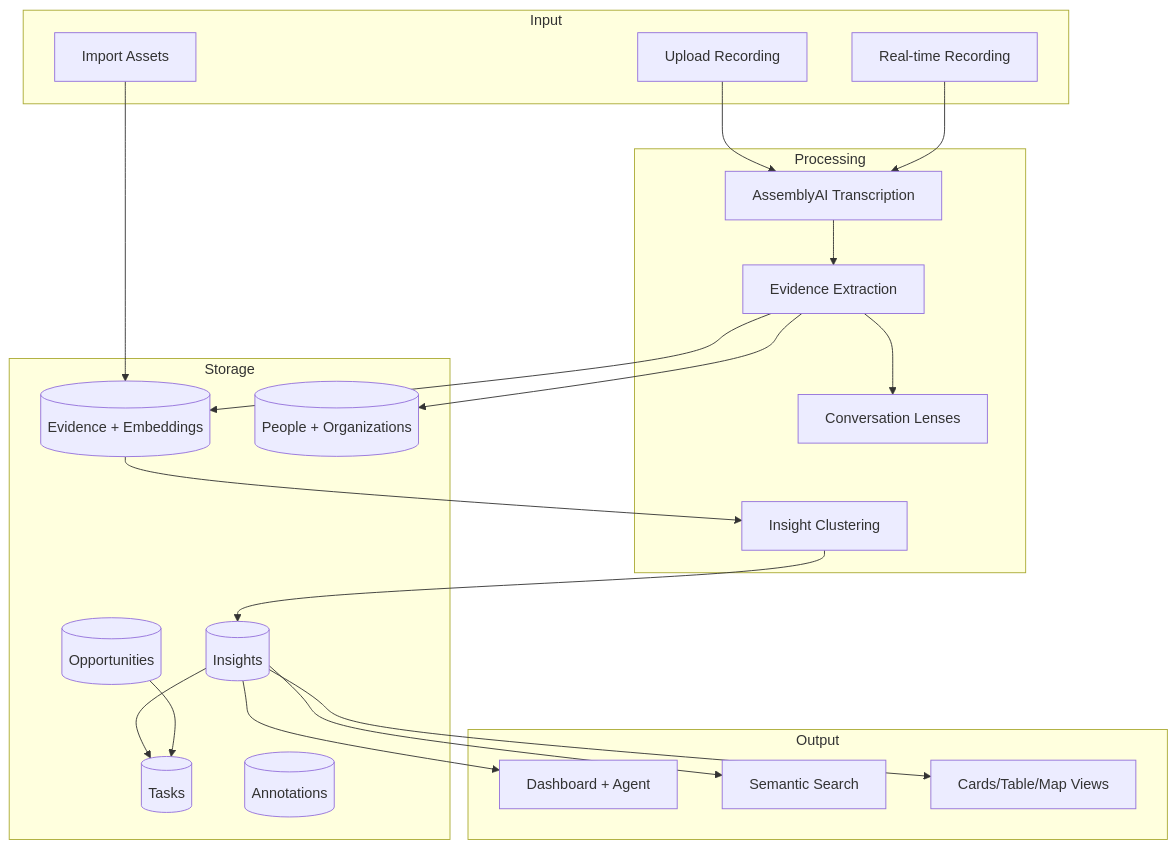
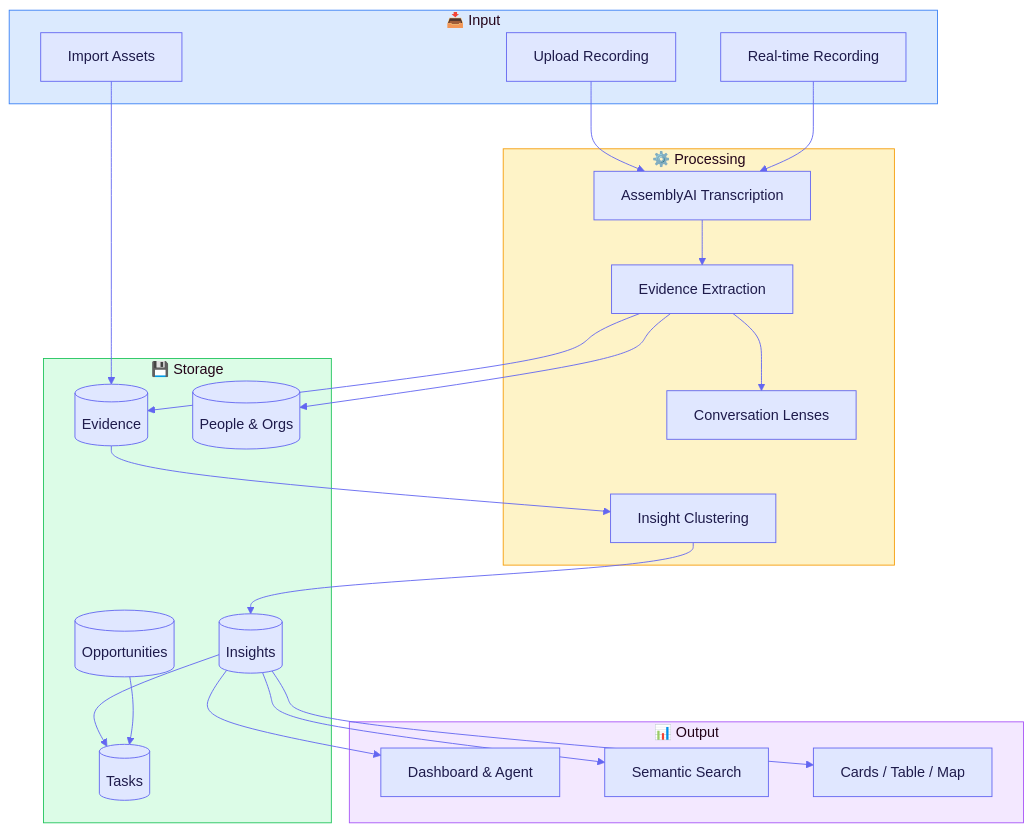
Before and after one commit to epic-hq/Insights: the first of 3 diagrams in docs/customer-centric-crm-value-prop.md, drawn with Mermaid. The commit also changed other lines of this file, not shown here.

First line of the commit message:
Improve diagrams with colors and separate annotation layer

````diff
--- a/docs/customer-centric-crm-value-prop.md
+++ b/docs/customer-centric-crm-value-prop.md
@@ -394,45 +411,50 @@
 ```mermaid
+%%{init: {'theme': 'base', 'themeVariables': { 'primaryColor': '#e0e7ff', 'primaryTextColor': '#1e1b4b', 'primaryBorderColor': '#6366f1', 'lineColor': '#6366f1', 'secondaryColor': '#fef3c7', 'tertiaryColor': '#dcfce7'}}}%%
 graph TD
-  subgraph Input
+  subgraph Input["📥 Input"]
     upload[Upload Recording]
     realtime[Real-time Recording]
     assets[Import Assets]
   end
 
-  subgraph Processing
+  subgraph Processing["⚙️ Processing"]
     transcribe[AssemblyAI Transcription]
     extract[Evidence Extraction]
     lens[Conversation Lenses]
     cluster[Insight Clustering]
   end
 
-  subgraph Storage
-    evidence[(Evidence + Embeddings)]
-    people[(People + Organizations)]
+  subgraph Storage["💾 Storage"]
+    evidence[(Evidence)]
+    people[(People & Orgs)]
     insights[(Insights)]
     opportunities[(Opportunities)]
     tasks[(Tasks)]
-    annotations[(Annotations)]
   end
 
-  subgraph Output
-    dashboard[Dashboard + Agent]
+  subgraph Output["📊 Output"]
+    dashboard[Dashboard & Agent]
     search[Semantic Search]
-    views[Cards/Table/Map Views]
+    views[Cards / Table / Map]
   end
 
   upload --> transcribe
   realtime --> transcribe
   assets --> evidence
   transcribe --> extract
   extract --> evidence
   extract --> lens
   extract --> people
   evidence --> cluster
   cluster --> insights
   insights --> dashboard
   insights --> search
   insights --> views
   insights --> tasks
   opportunities --> tasks
+
+  style Input fill:#dbeafe,stroke:#3b82f6
+  style Processing fill:#fef3c7,stroke:#f59e0b
+  style Storage fill:#dcfce7,stroke:#22c55e
+  style Output fill:#f3e8ff,stroke:#a855f7
 ```
````
